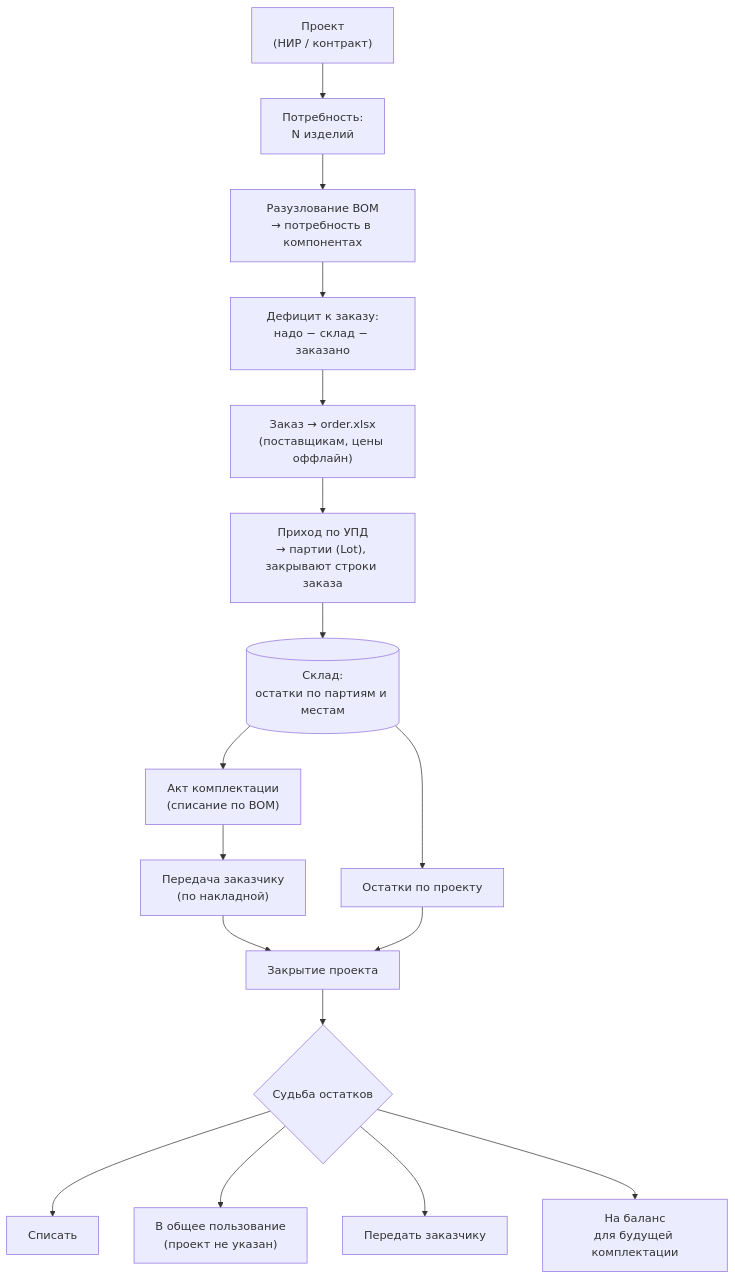
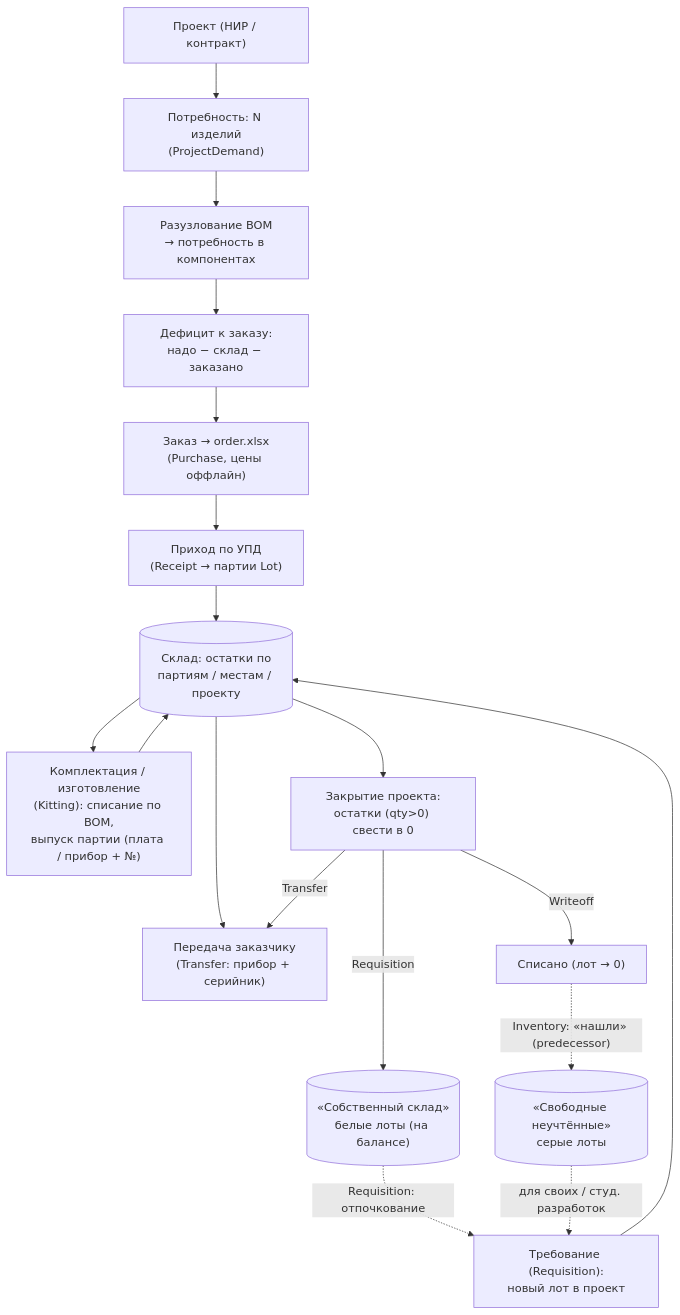
The first of 2 diagrams in README.md (ant-lab-ru/ant-plm), drawn with Mermaid before and after one commit. The commit also changed other lines of this file and 2 other files, not shown here.

````diff
--- a/README.md
+++ b/README.md
@@ -44,19 +44,24 @@
 ```mermaid
 flowchart TD
-  P["Проект<br/>(НИР / контракт)"] --> D["Потребность:<br/>N изделий"]
+  P["Проект (НИР / контракт)"] --> D["Потребность: N изделий<br/>(ProjectDemand)"]
   D --> B["Разузлование BOM<br/>→ потребность в компонентах"]
   B --> GAP["Дефицит к заказу:<br/>надо − склад − заказано"]
-  GAP --> ORD["Заказ → order.xlsx<br/>(поставщикам, цены оффлайн)"]
-  ORD --> UPD["Приход по УПД<br/>→ партии (Lot), закрывают строки заказа"]
-  UPD --> W[("Склад:<br/>остатки по партиям и местам")]
-  W --> K["Акт комплектации<br/>(списание по BOM)"]
-  K --> T["Передача заказчику<br/>(по накладной)"]
-  W --> R["Остатки по проекту"]
-  T --> CLOSE["Закрытие проекта"]
-  R --> CLOSE
-  CLOSE --> DISP{"Судьба остатков"}
-  DISP --> WO["Списать"]
-  DISP --> COMMON["В общее пользование<br/>(проект не указан)"]
-  DISP --> CUST["Передать заказчику"]
-  DISP --> BAL["На баланс<br/>для будущей комплектации"]
+  GAP --> ORD["Заказ → order.xlsx<br/>(Purchase, цены оффлайн)"]
+  ORD --> UPD["Приход по УПД<br/>(Receipt → партии Lot)"]
+  UPD --> W
+
+  W[("Склад: остатки по<br/>партиям / местам / проекту")]
+  W --> KIT["Комплектация / изготовление<br/>(Kitting): списание по BOM,<br/>выпуск партии (плата / прибор + №)"]
+  KIT --> W
+  W --> T["Передача заказчику<br/>(Transfer: прибор + серийник)"]
+
+  W --> CLOSE["Закрытие проекта:<br/>остатки (qty>0) свести в 0"]
+  CLOSE -->|Transfer| T
+  CLOSE -->|Writeoff| WOFF["Списано (лот → 0)"]
+  CLOSE -->|Requisition| WHITE[("«Собственный склад»<br/>белые лоты (на балансе)")]
+  WOFF -.->|"Inventory: «нашли» (predecessor)"| GRAY[("«Свободные неучтённые»<br/>серые лоты")]
+
+  WHITE -.->|"Requisition: отпочкование"| REQ["Требование (Requisition):<br/>новый лот в проект"]
+  GRAY -.->|"для своих / студ. разработок"| REQ
+  REQ --> W
 ```
````
